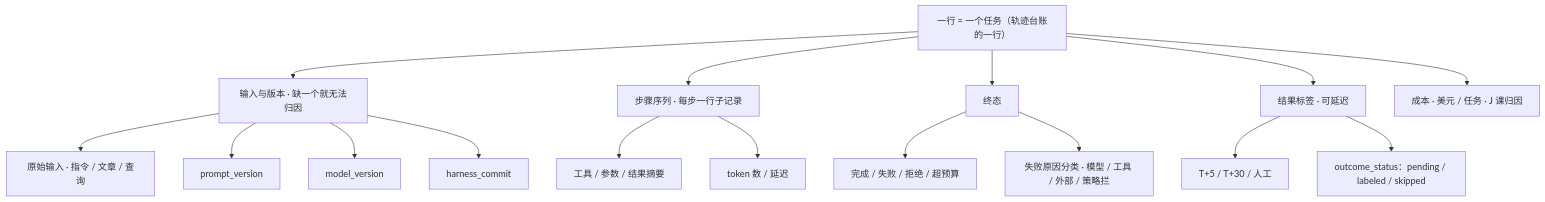
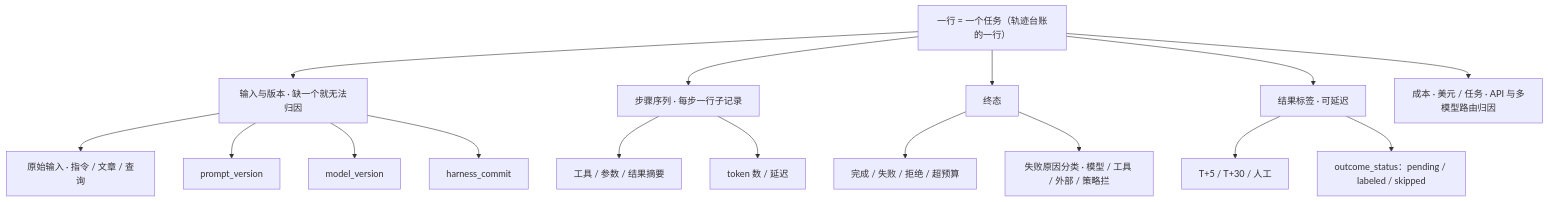
Before and after one commit to zo0043/learn-agent-harness: the second of 4 diagrams in notes/data-flywheel.md, drawn with Mermaid. The commit also changed other lines of this file and 50 other files, not shown here.

````diff
--- a/notes/data-flywheel.md
+++ b/notes/data-flywheel.md
@@ -73,19 +73,19 @@
 ```mermaid
 flowchart TD
   ROW["一行 = 一个任务（轨迹台账的一行）"]
   ROW --> IN["输入与版本 · 缺一个就无法归因"]
   IN --> I1["原始输入 · 指令 / 文章 / 查询"]
   IN --> I2["prompt_version"]
   IN --> I3["model_version"]
   IN --> I4["harness_commit"]
   ROW --> STEP["步骤序列 · 每步一行子记录"]
   STEP --> S1["工具 / 参数 / 结果摘要"]
   STEP --> S2["token 数 / 延迟"]
   ROW --> FIN["终态"]
   FIN --> F1["完成 / 失败 / 拒绝 / 超预算"]
   FIN --> F2["失败原因分类 · 模型 / 工具 / 外部 / 策略拦"]
   ROW --> TAG["结果标签 · 可延迟"]
   TAG --> T1["T+5 / T+30 / 人工"]
   TAG --> T2["outcome_status：pending / labeled / skipped"]
-  ROW --> COST["成本 · 美元 / 任务 · J 课归因"]
+  ROW --> COST["成本 · 美元 / 任务 · API 与多模型路由归因"]
 ```
````
